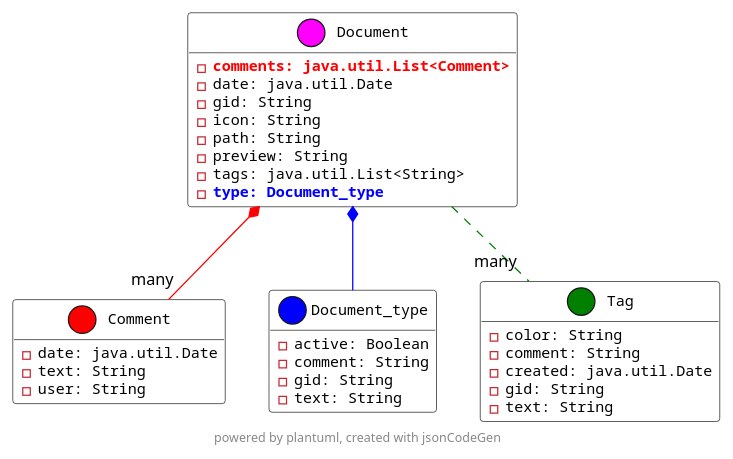
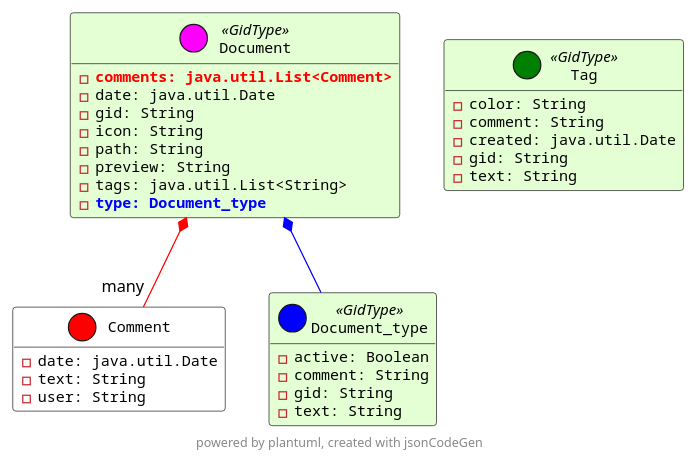
Before and after one commit to OkieOth/MongoDbTest: the diagram in docs/documents.puml, drawn with PlantUML. The commit also changed 1 other file, not shown here.

```diff
--- a/docs/documents.puml
+++ b/docs/documents.puml
@@ -2,53 +2,53 @@
 @startuml
 skinparam class {
 	BackgroundColor #FFFFFF
 	ArrowColor #000000
 	BorderColor #000000
 	BorderColor<<InnerType>> #777777
 	BackgroundColor<<InnerType>> #EEEEEE
+	BackgroundColor<<GidType>> #e4ffd4
 	FontName Courier
 	FontSize 12
 }
 skinparam note {
 	BackgroundColor #dedede
 	BorderColor #000000
 	FontSize 10
 }
 skinparam classAttribute {
 	FontName Courier
 	FontSize 12
 }
 class Comment  << ( ,#ff0000) >> {
     -date: java.util.Date
     -text: String
     -user: String
 }
-class Document  << ( ,#ff00ff) >> {
+class Document <<GidType>> << ( ,#ff00ff) >> {
     -<color:#ff0000 ><b>comments: java.util.List<Comment></b></color>
     -date: java.util.Date
     -gid: String
     -icon: String
     -path: String
     -preview: String
     -tags: java.util.List<String>
     -<color:#0000ff ><b>type: Document_type</b></color>
 }
-class Document_type  << ( ,#0000ff) >> {
+class Document_type <<GidType>> << ( ,#0000ff) >> {
     -active: Boolean
     -comment: String
     -gid: String
     -text: String
 }
-class Tag  << ( ,#007f00) >> {
+class Tag <<GidType>> << ( ,#007f00) >> {
     -color: String
     -comment: String
     -created: java.util.Date
     -gid: String
     -text: String
 }
 hide methods
 Document *-- "many" Comment #ff0000
-            Document .. "many" Tag #007f00
 Document *--  Document_type #0000ff
 footer powered by plantuml, created with jsonCodeGen
 @enduml
```
